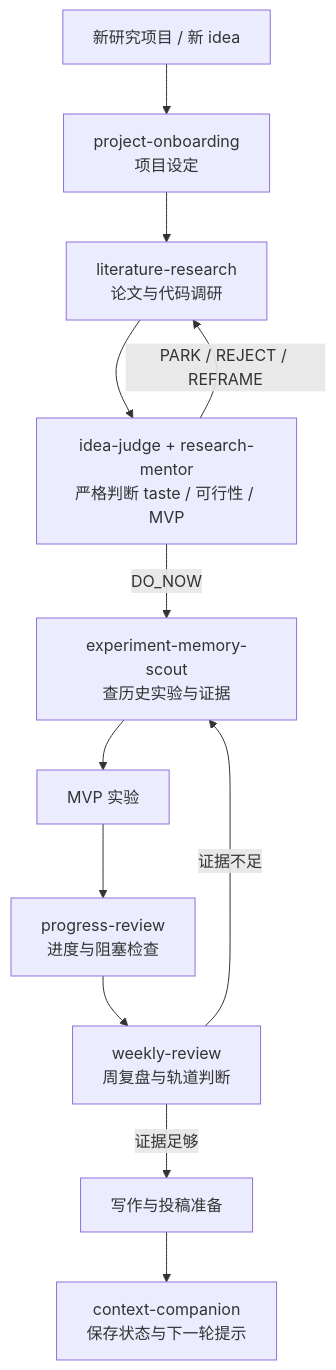
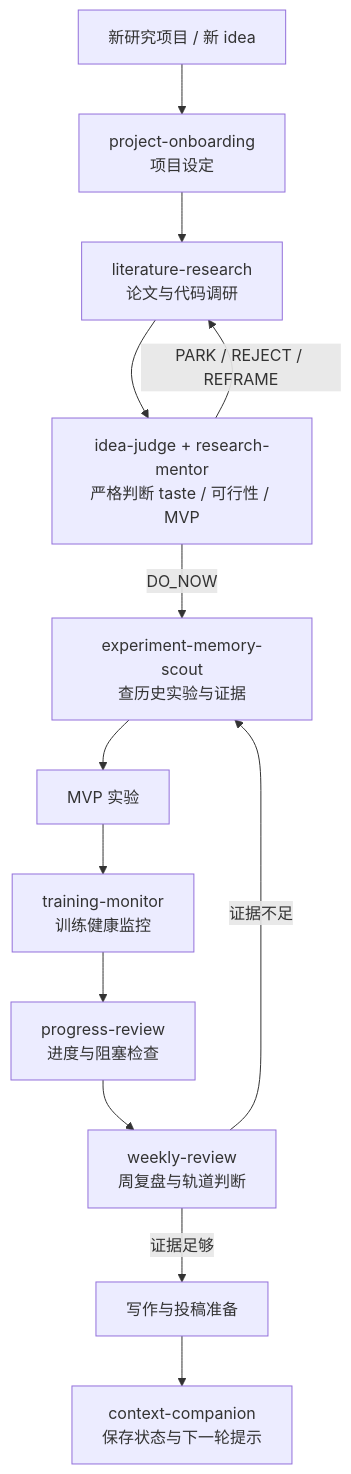
Before and after one commit to zengleilei123/ai-research-companion-codex-plugin: the first of 2 diagrams in README.md, drawn with Mermaid. The commit also changed other lines of this file and 4 other files, not shown here.

Commit message:
feat: add training monitor skill

````diff
--- a/README.md
+++ b/README.md
@@ -25,14 +26,15 @@
 ```mermaid
 flowchart TD
     A["新研究项目 / 新 idea"] --> B["project-onboarding<br/>项目设定"]
     B --> C["literature-research<br/>论文与代码调研"]
     C --> D["idea-judge + research-mentor<br/>严格判断 taste / 可行性 / MVP"]
     D -->|"DO_NOW"| E["experiment-memory-scout<br/>查历史实验与证据"]
     D -->|"PARK / REJECT / REFRAME"| C
     E --> F["MVP 实验"]
-    F --> G["progress-review<br/>进度与阻塞检查"]
-    G --> H["weekly-review<br/>周复盘与轨道判断"]
-    H -->|"证据足够"| I["写作与投稿准备"]
-    H -->|"证据不足"| E
-    I --> J["context-companion<br/>保存状态与下一轮提示"]
+    F --> G["training-monitor<br/>训练健康监控"]
+    G --> H["progress-review<br/>进度与阻塞检查"]
+    H --> I["weekly-review<br/>周复盘与轨道判断"]
+    I -->|"证据足够"| J["写作与投稿准备"]
+    I -->|"证据不足"| E
+    J --> K["context-companion<br/>保存状态与下一轮提示"]
 ```
````
